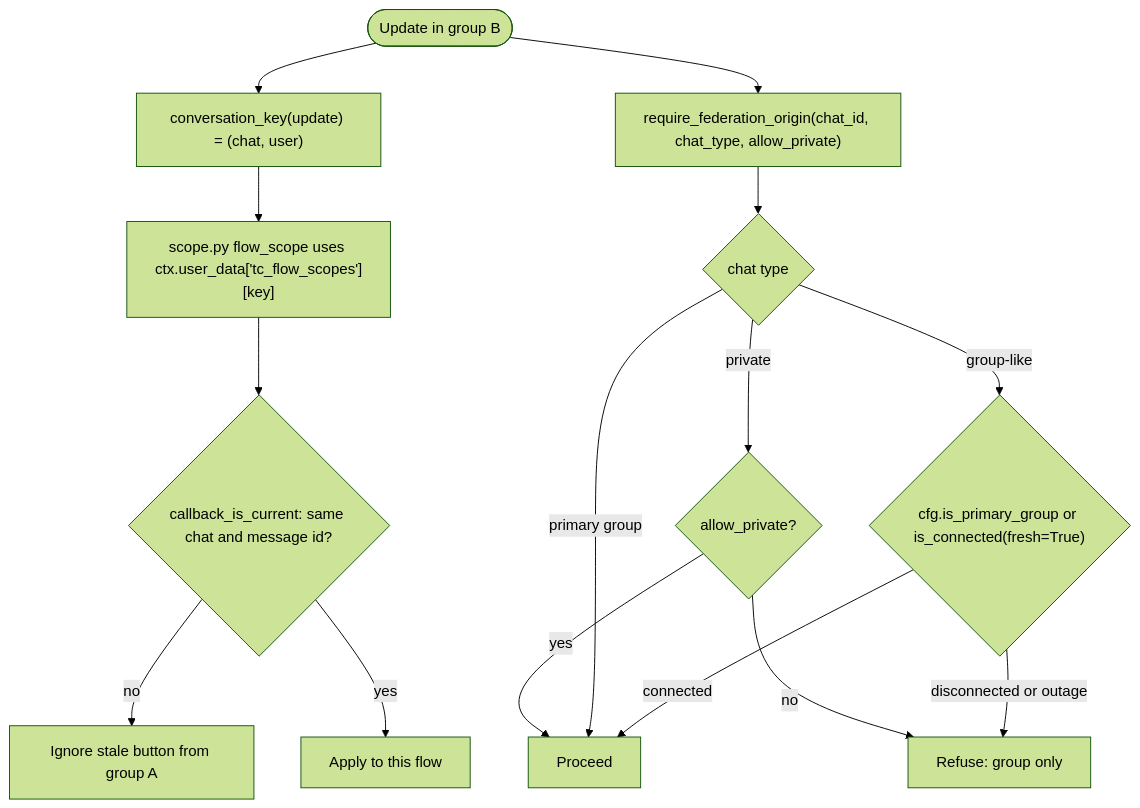
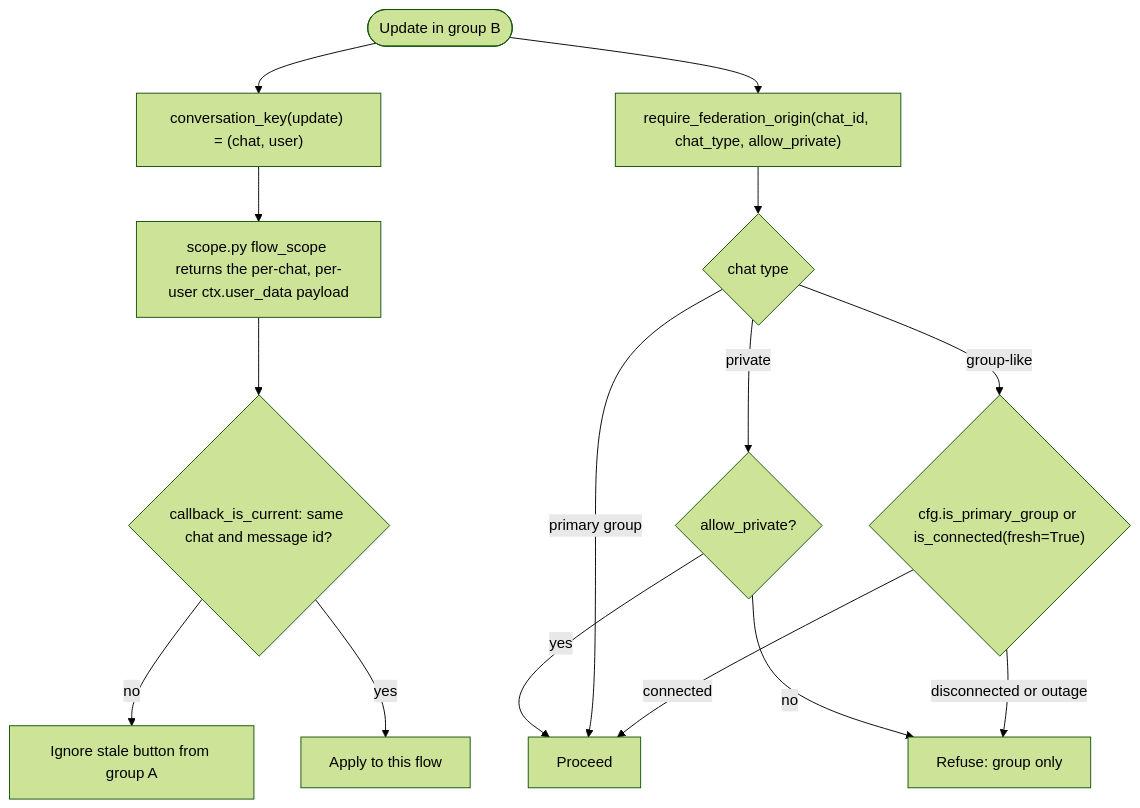
One commit to D1ZZY4/tcbot changed the third of 3 diagrams in docs/flows/permissions.md. Above: the diagram before and after it, drawn with Mermaid (forest theme). The commit also changed other lines of this file and 6 other files, not shown here.

First line of the commit message:
docs(flows): align guides with the scoped moderation handlers

````diff
--- a/docs/flows/permissions.md
+++ b/docs/flows/permissions.md
@@ -203,17 +203,17 @@
 ```mermaid
 flowchart TD
     U([Update in group B]) --> K["conversation_key(update) = (chat, user)"]
-    K --> S["scope.py flow_scope uses ctx.user_data['tc_flow_scopes'][key]"]
+    K --> S["scope.py flow_scope returns the per-chat, per-user ctx.user_data payload"]
     S --> C{"callback_is_current: same chat and message id?"}
     C -->|no| STALE[Ignore stale button from group A]
     C -->|yes| OK[Apply to this flow]
     U --> O["require_federation_origin(chat_id, chat_type, allow_private)"]
     O --> T{"chat type"}
     T -->|private| P{allow_private?}
     P -->|yes| PASS[Proceed]
     P -->|no| FAIL[Refuse: group only]
     T -->|primary group| PASS
     T -->|group-like| CN{"cfg.is_primary_group or is_connected(fresh=True)"}
     CN -->|connected| PASS
     CN -->|disconnected or outage| FAIL
 ```
````
